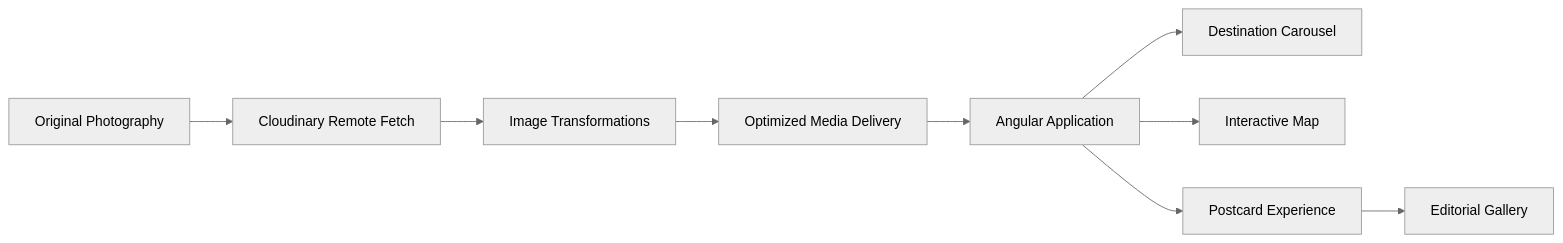
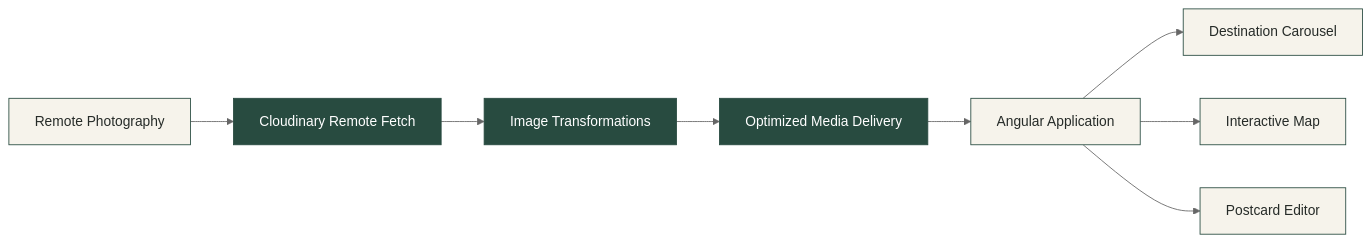
Before and after one commit to Ezequie1Sc/frontend: the first of 6 diagrams in README.md, drawn with Mermaid (neutral theme). The commit also changed other lines of this file, not shown here.

Commit message:
docs: expand Cloudinary transformations and postcard engineering documentation

````diff
--- a/README.md
+++ b/README.md
@@ -295,11 +291,16 @@
 ```mermaid
 flowchart LR
-    A[Original Photography] --> B[Cloudinary Remote Fetch]
-    B --> C[Image Transformations]
-    C --> D[Optimized Media Delivery]
-    D --> E[Angular Application]
-    E --> F[Destination Carousel]
-    E --> G[Interactive Map]
-    E --> H[Postcard Experience]
-    H --> I[Editorial Gallery]
+    A["Remote Photography"] --> B["Cloudinary Remote Fetch"]
+    B --> C["Image Transformations"]
+    C --> D["Optimized Media Delivery"]
+    D --> E["Angular Application"]
+    E --> F["Destination Carousel"]
+    E --> G["Interactive Map"]
+    E --> H["Postcard Editor"]
+
+    classDef primary fill:#284B40,color:#FFFFFF,stroke:#284B40
+    classDef secondary fill:#F6F3EB,color:#262B28,stroke:#284B40
+
+    class B,C,D primary
+    class A,E,F,G,H secondary
 ```
````
